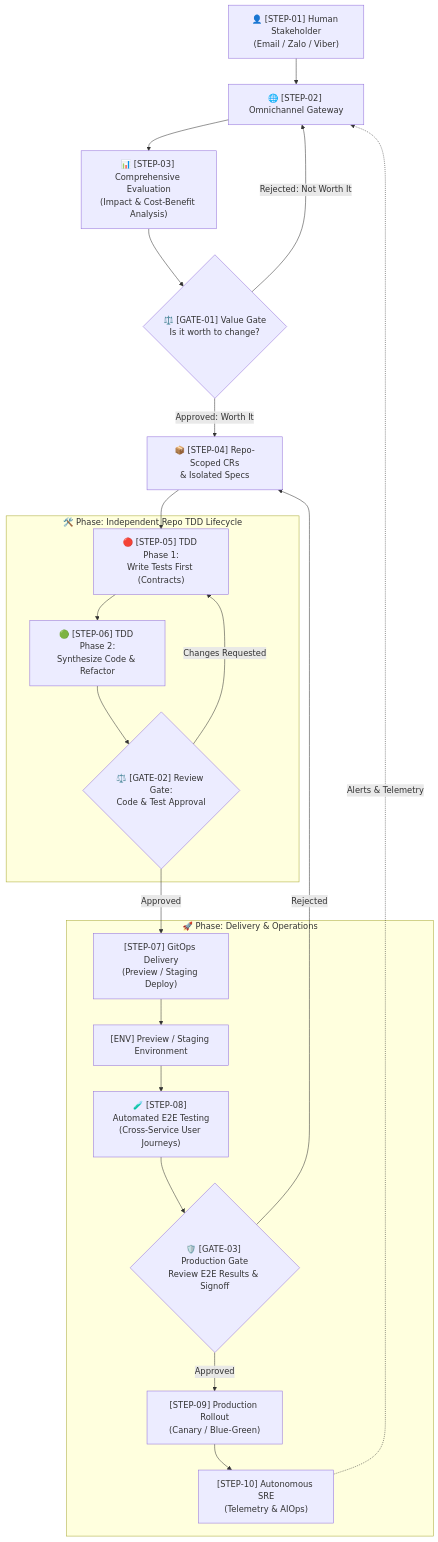
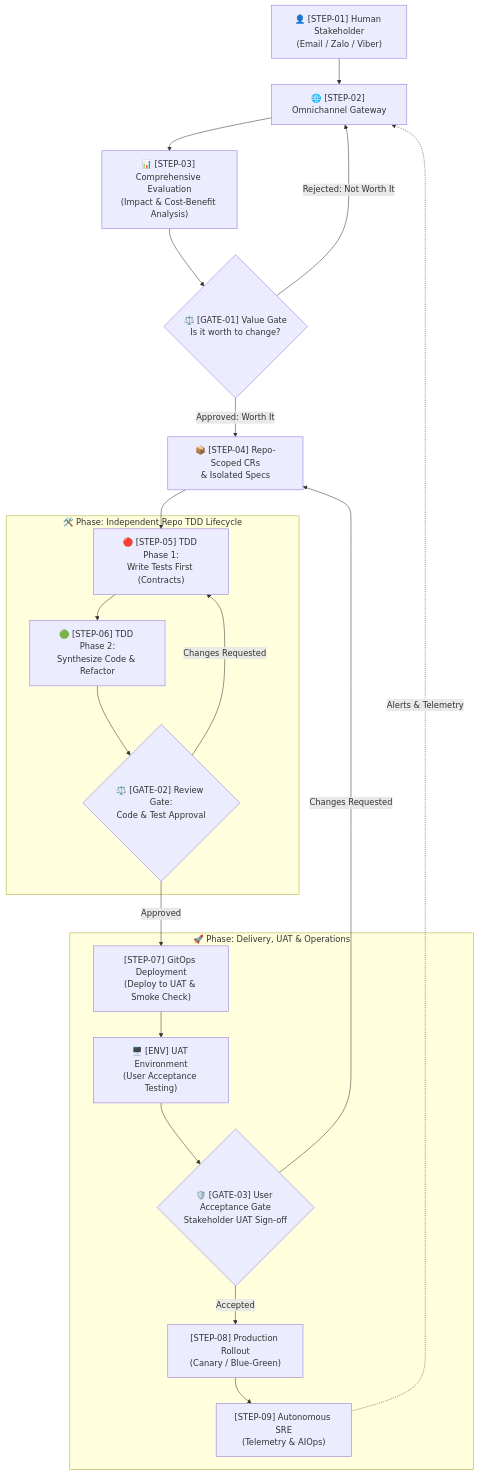
One commit to sonnormal/stratum-meta changed the diagram in docs/workflow.md. Above: the diagram before and after it, drawn with Mermaid. The commit also changed other lines of this file, not shown here.

Commit message:
docs: incorporate UAT environment and User Acceptance sign-off at Gate 3

````diff
--- a/docs/workflow.md
+++ b/docs/workflow.md
@@ -11,45 +11,43 @@
 ```mermaid
 graph TD
     User["👤 [STEP-01] Human Stakeholder<br/>(Email / Zalo / Viber)"]
     Gateway["🌐 [STEP-02] Omnichannel Gateway"]
     Evaluation["📊 [STEP-03] Comprehensive Evaluation<br/>(Impact & Cost-Benefit Analysis)"]
     Gate1{"⚖️ [GATE-01] Value Gate<br/>Is it worth to change?"}
     RepoDispatch["📦 [STEP-04] Repo-Scoped CRs<br/>& Isolated Specs"]
 
     User --> Gateway
     Gateway --> Evaluation
     Evaluation --> Gate1
     Gate1 -->|"Approved: Worth It"| RepoDispatch
     Gate1 -->|"Rejected: Not Worth It"| Gateway
 
     subgraph TDDLifecycle ["🛠️ Phase: Independent Repo TDD Lifecycle"]
         TestFirst["🔴 [STEP-05] TDD Phase 1:<br/>Write Tests First (Contracts)"]
         CodeSynth["🟢 [STEP-06] TDD Phase 2:<br/>Synthesize Code & Refactor"]
         Gate2{"⚖️ [GATE-02] Review Gate:<br/>Code & Test Approval"}
 
         TestFirst --> CodeSynth
         CodeSynth --> Gate2
         Gate2 -->|"Changes Requested"| TestFirst
     end
 
     RepoDispatch --> TestFirst
     Gate2 -->|"Approved"| GitOpsAgent
 
-    subgraph DeliveryOps ["🚀 Phase: Delivery & Operations"]
-        GitOpsAgent["[STEP-07] GitOps Delivery<br/>(Preview / Staging Deploy)"]
-        StagingDeploy["[ENV] Preview / Staging Environment"]
-        E2ETest["🧪 [STEP-08] Automated E2E Testing<br/>(Cross-Service User Journeys)"]
-        Gate3{"🛡️ [GATE-03] Production Gate<br/>Review E2E Results & Signoff"}
-        ProdDeploy["[STEP-09] Production Rollout<br/>(Canary / Blue-Green)"]
-        AIOps["[STEP-10] Autonomous SRE<br/>(Telemetry & AIOps)"]
+    subgraph DeliveryOps ["🚀 Phase: Delivery, UAT & Operations"]
+        GitOpsAgent["[STEP-07] GitOps Deployment<br/>(Deploy to UAT & Smoke Check)"]
+        UATDeploy["🖥️ [ENV] UAT Environment<br/>(User Acceptance Testing)"]
+        Gate3{"🛡️ [GATE-03] User Acceptance Gate<br/>Stakeholder UAT Sign-off"}
+        ProdDeploy["[STEP-08] Production Rollout<br/>(Canary / Blue-Green)"]
+        AIOps["[STEP-09] Autonomous SRE<br/>(Telemetry & AIOps)"]
 
-        GitOpsAgent --> StagingDeploy
-        StagingDeploy --> E2ETest
-        E2ETest --> Gate3
-        Gate3 -->|"Approved"| ProdDeploy
+        GitOpsAgent --> UATDeploy
+        UATDeploy --> Gate3
+        Gate3 -->|"Accepted"| ProdDeploy
         ProdDeploy --> AIOps
     end
 
-    Gate3 -->|"Rejected"| RepoDispatch
+    Gate3 -->|"Changes Requested"| RepoDispatch
     AIOps -.->|"Alerts & Telemetry"| Gateway
 ```
````
